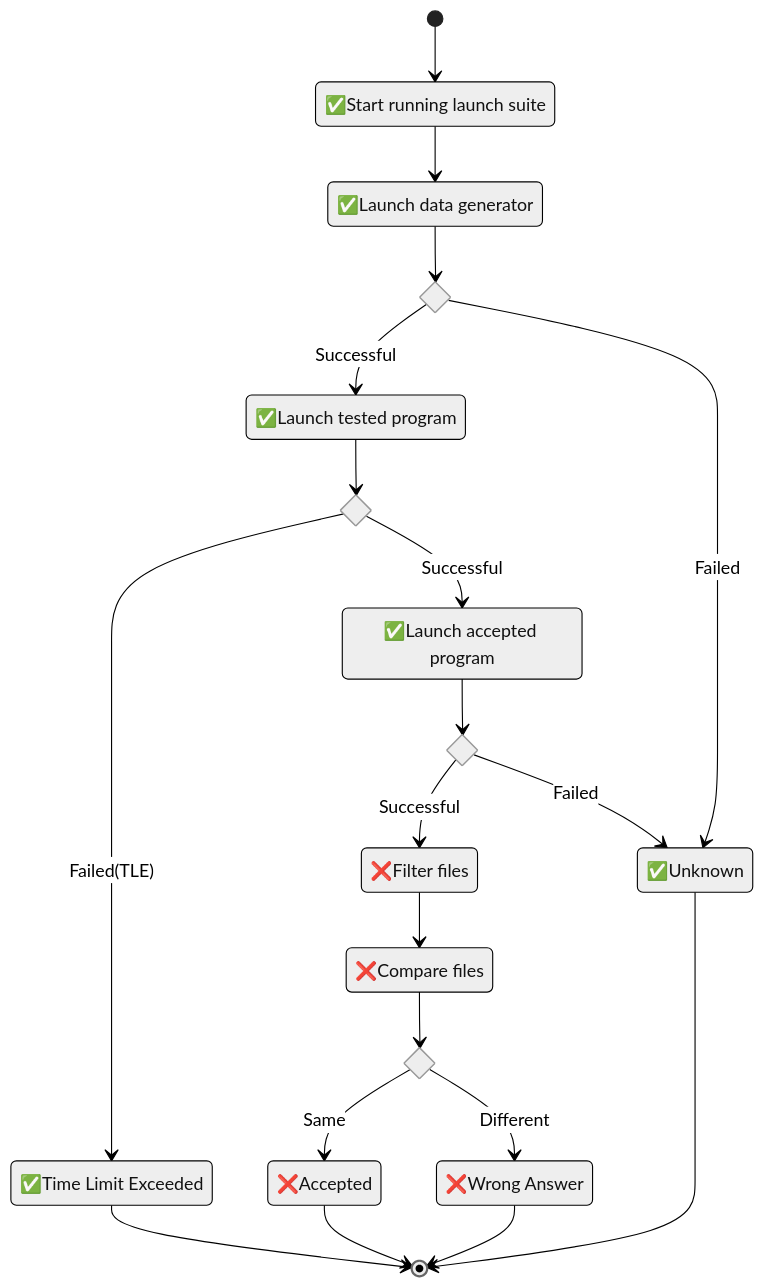
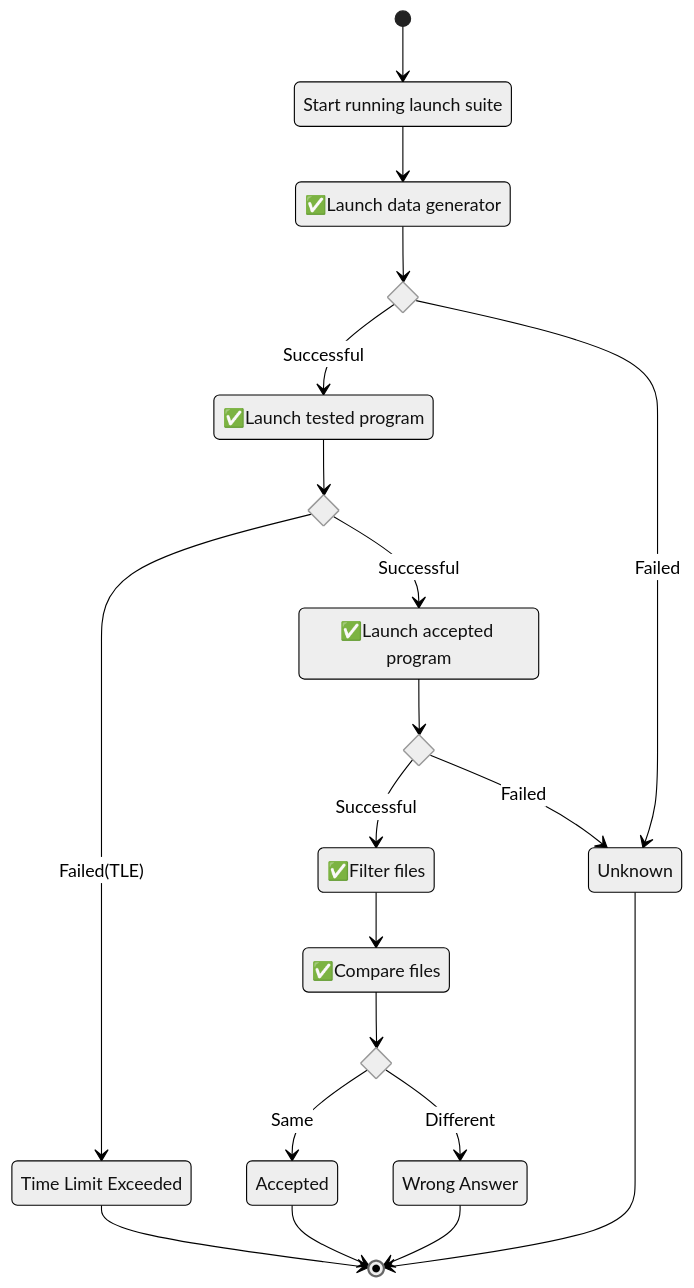
One commit to cup113/oi_checker changed the diagram in state_diagrams/launch_suite.mmd. Above: the diagram before and after it, drawn with Mermaid (neutral theme). The commit also changed 17 other files, not shown here.

```diff
--- a/state_diagrams/launch_suite.mmd
+++ b/state_diagrams/launch_suite.mmd
@@ -1,35 +1,35 @@
 stateDiagram-v2
-    StartRunning : ✅Start running launch suite
+    StartRunning : Start running launch suite
     LaunchDG : ✅Launch data generator
     state c_launch_dg <<choice>>
     LaunchTP : ✅Launch tested program
     state c_launch_tp <<choice>>
     LaunchAC : ✅Launch accepted program
     state c_launch_ac <<choice>>
-    FilterFiles : ❌Filter files
-    CompareFiles : ❌Compare files
+    FilterFiles : ✅Filter files
+    CompareFiles : ✅Compare files
     state c_compare_files <<choice>>
-    AC : ❌Accepted
-    WA : ❌Wrong Answer
-    TLE : ✅Time Limit Exceeded
-    UK : ✅Unknown
+    AC : Accepted
+    WA : Wrong Answer
+    TLE : Time Limit Exceeded
+    UK : Unknown
 
     [*] --> StartRunning
     StartRunning --> LaunchDG
     LaunchDG --> c_launch_dg
     c_launch_dg --> LaunchTP : Successful
     c_launch_dg --> UK : Failed
     LaunchTP --> c_launch_tp
     c_launch_tp --> TLE : Failed(TLE)
     c_launch_tp --> LaunchAC : Successful
     LaunchAC --> c_launch_ac
     c_launch_ac --> FilterFiles : Successful
     c_launch_ac --> UK : Failed
     FilterFiles --> CompareFiles
     CompareFiles --> c_compare_files
     c_compare_files --> AC : Same
     c_compare_files --> WA : Different
     AC --> [*]
     WA --> [*]
     TLE --> [*]
     UK --> [*]
```
